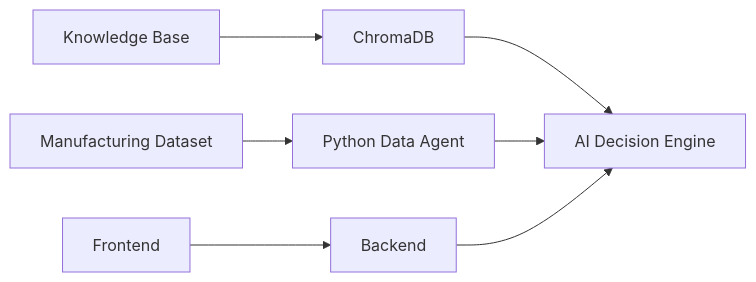
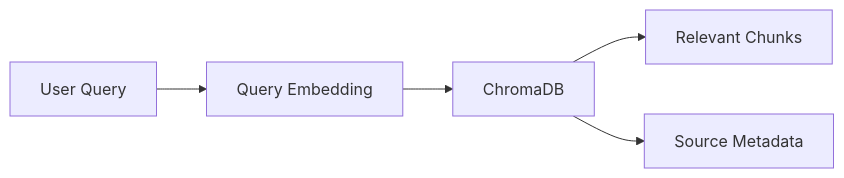
Before and after one commit to marcosaccani1/maranello-ai: the fourth of 5 diagrams in docs/it/04_Data_Model.md, drawn with Mermaid. The commit also changed other lines of this file and 7 other files, not shown here.

````diff
--- a/docs/it/04_Data_Model.md
+++ b/docs/it/04_Data_Model.md
@@ -787,29 +1864,21 @@
 ```mermaid
 flowchart LR
 
-KB["Knowledge Base"]
+    Query["User Query"]
 
-Vector["ChromaDB"]
+    QueryEmbedding["Query Embedding"]
 
-Dataset["Manufacturing Dataset"]
+    Chroma["ChromaDB"]
 
-DataAgent["Python Data Agent"]
+    Results["Relevant Chunks"]
 
-Decision["AI Decision Engine"]
+    Metadata["Source Metadata"]
 
-Frontend["Frontend"]
+    Query --> QueryEmbedding
 
-Backend["Backend"]
+    QueryEmbedding --> Chroma
 
-KB --> Vector
+    Chroma --> Results
 
-Vector --> Decision
-
-Dataset --> DataAgent
-
-DataAgent --> Decision
-
-Frontend --> Backend
-
-Backend --> Decision
+    Chroma --> Metadata
 ```
````
